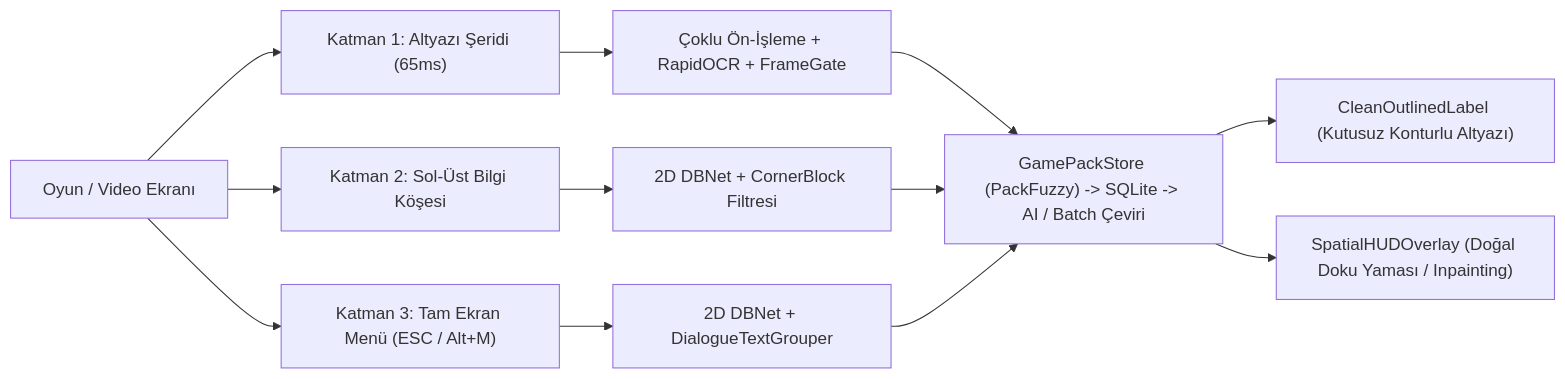
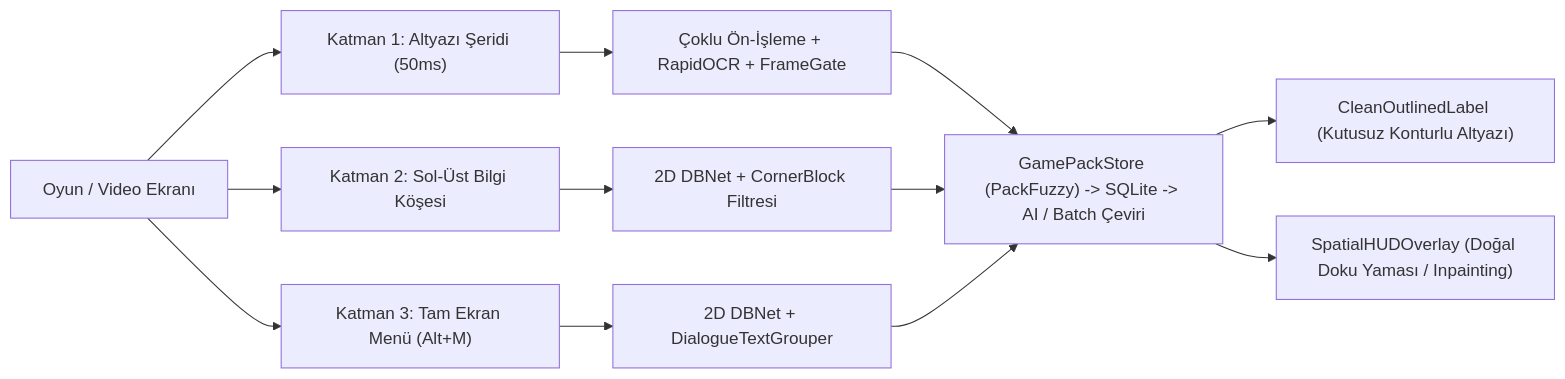
The diagram in README.md (BerkeKeklicek/ReplikAI), drawn with Mermaid before and after one commit. The commit also changed other lines of this file and 3 other files, not shown here.

````diff
--- a/README.md
+++ b/README.md
@@ -51,17 +51,17 @@
 ```mermaid
 flowchart LR
-    A["Oyun / Video Ekranı"] --> B["Katman 1: Altyazı Şeridi (65ms)"]
+    A["Oyun / Video Ekranı"] --> B["Katman 1: Altyazı Şeridi (50ms)"]
     A --> C["Katman 2: Sol-Üst Bilgi Köşesi"]
-    A --> D["Katman 3: Tam Ekran Menü (ESC / Alt+M)"]
+    A --> D["Katman 3: Tam Ekran Menü (Alt+M)"]
 
     B --> E["Çoklu Ön-İşleme + RapidOCR + FrameGate"]
     C --> F["2D DBNet + CornerBlock Filtresi"]
     D --> G["2D DBNet + DialogueTextGrouper"]
 
     E --> H["GamePackStore (PackFuzzy) -> SQLite -> AI / Batch Çeviri"]
     F --> H
     G --> H
 
     H --> I["CleanOutlinedLabel (Kutusuz Konturlu Altyazı)"]
     H --> J["SpatialHUDOverlay (Doğal Doku Yaması / Inpainting)"]
 ```
````
